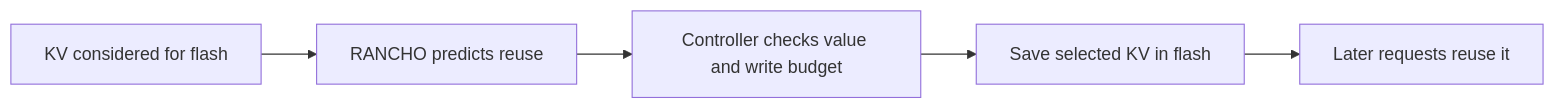
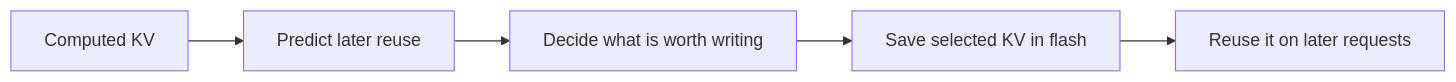
The diagram in README.md (AnshvardhanShetty/rancho), drawn with Mermaid before and after one commit. The commit also changed other lines of this file and 2 other files, not shown here.

````diff
--- a/README.md
+++ b/README.md
@@ -20,7 +16,7 @@
 ```mermaid
 flowchart LR
-    A[KV considered for flash] --> B[RANCHO predicts reuse]
-    B --> C[Controller checks value and write budget]
+    A[Computed KV] --> B[Predict later reuse]
+    B --> C[Decide what is worth writing]
     C --> D[Save selected KV in flash]
-    D --> E[Later requests reuse it]
+    D --> E[Reuse it on later requests]
 ```
````
